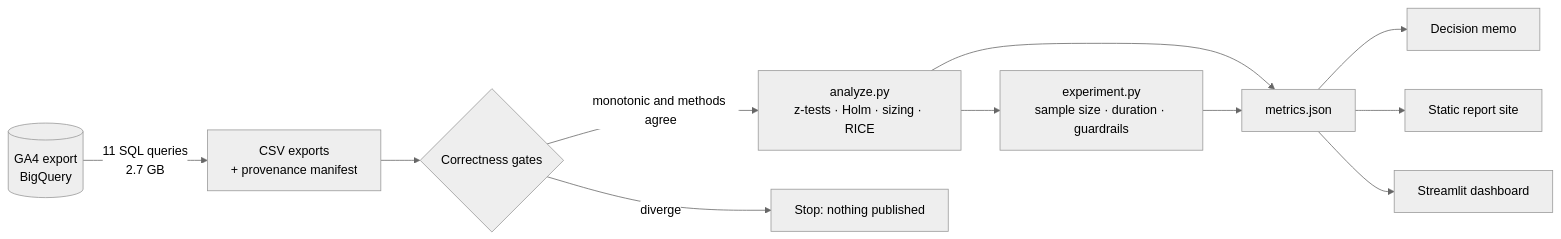
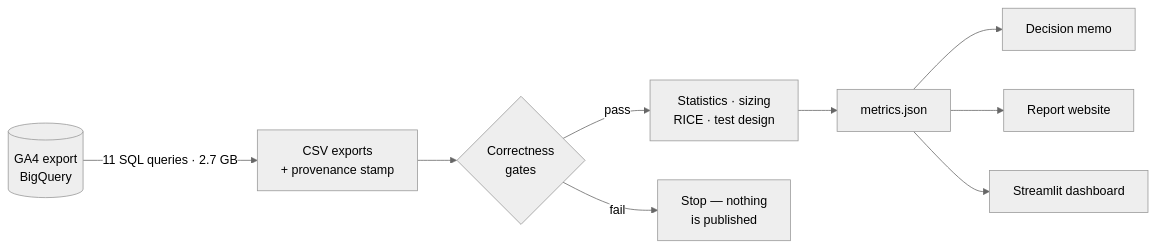
The diagram in README.md (IshaanS0112/FunnelScope), drawn with Mermaid (neutral theme) before and after one commit. The commit also changed other lines of this file and 15 other files, not shown here.

````diff
--- a/README.md
+++ b/README.md
@@ -49,13 +85,11 @@
 ```mermaid
 flowchart LR
-    A[(GA4 export<br/>BigQuery)] -->|11 SQL queries<br/>2.7 GB| B[CSV exports<br/>+ provenance manifest]
-    B --> C{Correctness gates}
-    C -->|monotonic and methods agree| D[analyze.py<br/>z-tests · Holm · sizing · RICE]
-    C -->|diverge| X[Stop: nothing published]
-    D --> T[experiment.py<br/>sample size · duration · guardrails]
+    A[(GA4 export<br/>BigQuery)] -->|11 SQL queries · 2.7 GB| B[CSV exports<br/>+ provenance stamp]
+    B --> C{Correctness<br/>gates}
+    C -->|pass| D[Statistics · sizing<br/>RICE · test design]
+    C -->|fail| X[Stop — nothing<br/>is published]
     D --> E[metrics.json]
-    T --> E
     E --> F[Decision memo]
-    E --> G[Static report site]
+    E --> G[Report website]
     E --> H[Streamlit dashboard]
 ```
````
